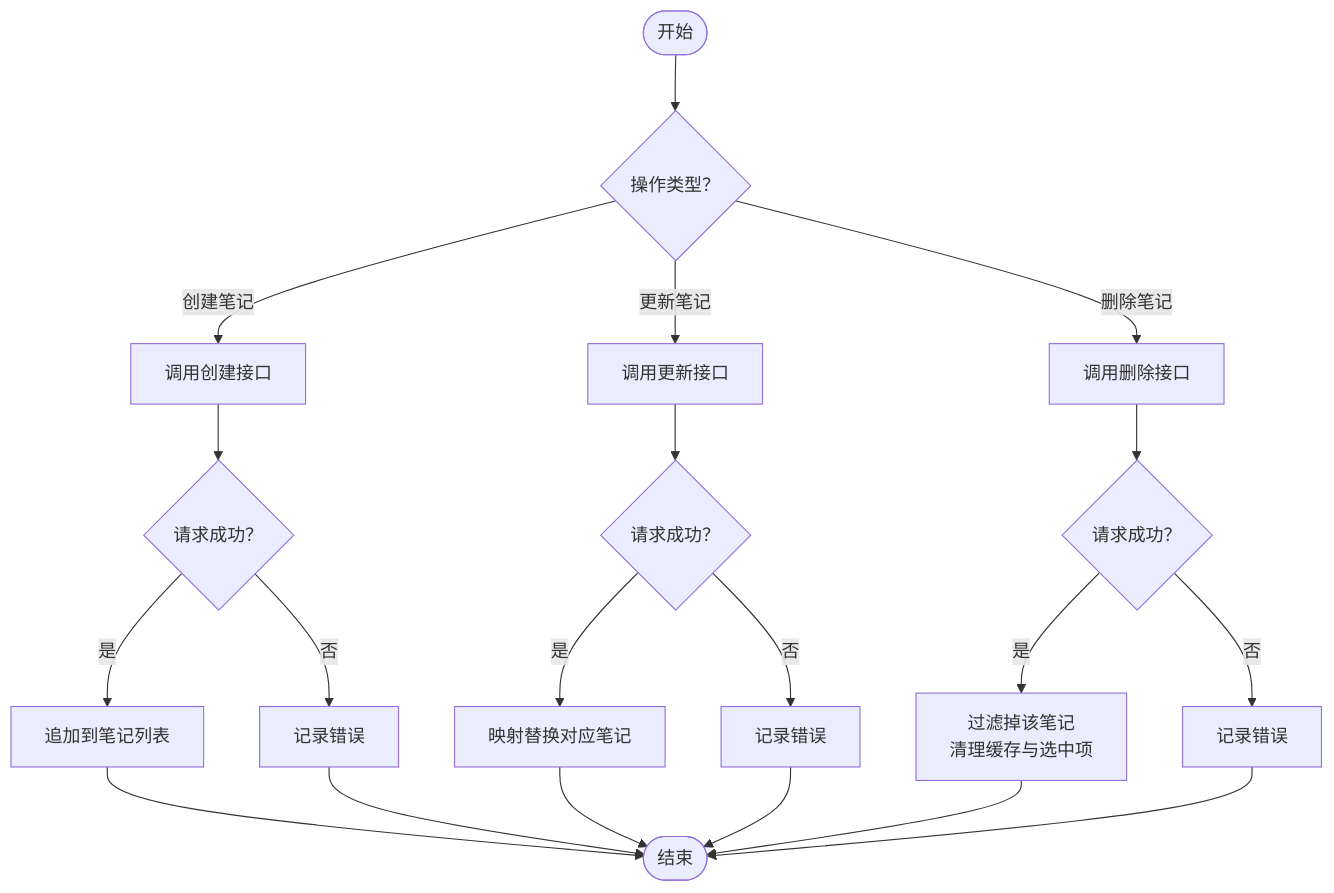
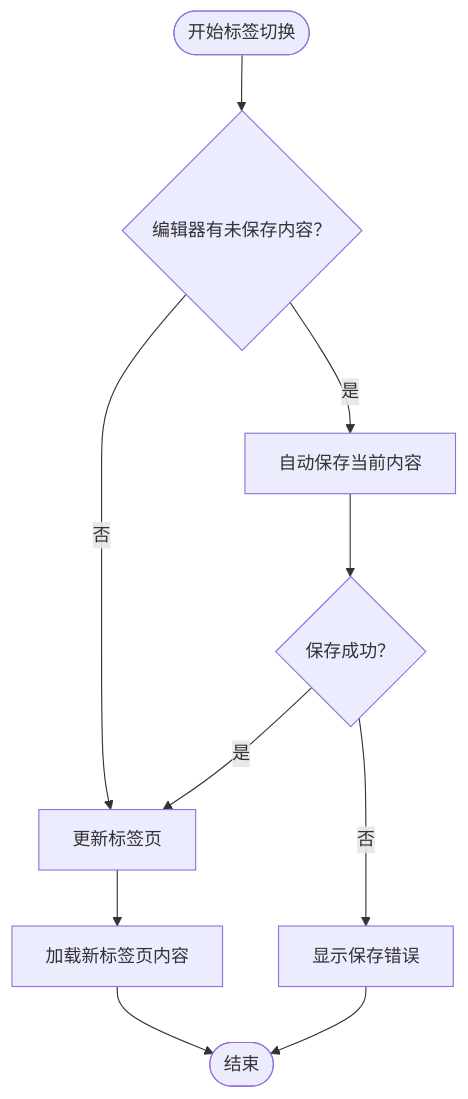
One commit to BlackBoxRecorder/uninote changed the third of 8 diagrams in .qoder/repowiki/zh/content/核心架构/状态管理架构.md. Above: the diagram before and after it, drawn with Mermaid. The commit also changed other lines of this file and 36 other files, not shown here.

````diff
--- a/.qoder/repowiki/zh/content/核心架构/状态管理架构.md
+++ b/.qoder/repowiki/zh/content/核心架构/状态管理架构.md
@@ -146,22 +177,12 @@
 ```mermaid
 flowchart TD
-Start(["开始"]) --> Op{"操作类型？"}
-Op --> |创建笔记| Create["调用创建接口"]
-Op --> |更新笔记| Update["调用更新接口"]
-Op --> |删除笔记| Delete["调用删除接口"]
-Create --> OnCreate{"请求成功？"}
-Update --> OnUpdate{"请求成功？"}
-Delete --> OnDelete{"请求成功？"}
-OnCreate --> |是| Append["追加到笔记列表"]
-OnCreate --> |否| LogErr1["记录错误"]
-OnUpdate --> |是| Replace["映射替换对应笔记"]
-OnUpdate --> |否| LogErr2["记录错误"]
-OnDelete --> |是| Remove["过滤掉该笔记<br/>清理缓存与选中项"]
-OnDelete --> |否| LogErr3["记录错误"]
-Append --> End(["结束"])
-Replace --> End
-Remove --> End
-LogErr1 --> End
-LogErr2 --> End
-LogErr3 --> End
+Start(["开始标签切换"]) --> CheckSave{"编辑器有未保存内容？"}
+CheckSave --> |是| AutoSave["自动保存当前内容"]
+CheckSave --> |否| UpdateTab["更新标签页"]
+AutoSave --> SaveSuccess{"保存成功？"}
+SaveSuccess --> |是| UpdateTab
+SaveSuccess --> |否| ShowError["显示保存错误"]
+UpdateTab --> LoadContent["加载新标签页内容"]
+LoadContent --> End(["结束"])
+ShowError --> End
 ```
````
